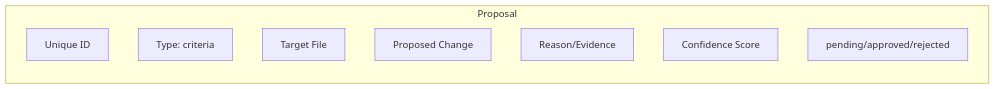
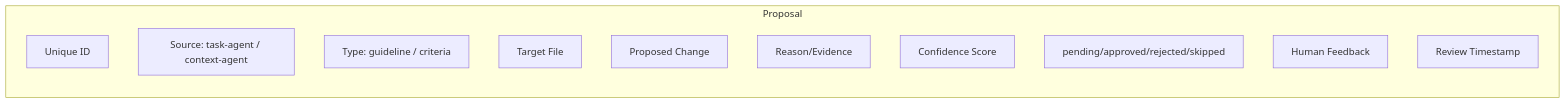
Before and after one commit to cymfg/ophan: diagram 14 of 19 in docs/outer-loop.md, drawn with Mermaid. The commit also changed other lines of this file and 34 other files, not shown here.

First line of the commit message:
feat: add core agent types and utilities for multi-agent architecture

````diff
--- a/docs/outer-loop.md
+++ b/docs/outer-loop.md
@@ -287,12 +336,15 @@
 ```mermaid
 flowchart LR
     subgraph "Proposal"
         ID[Unique ID]
-        Type[Type: criteria]
+        Source[Source: task-agent / context-agent]
+        Type[Type: guideline / criteria]
         Target[Target File]
         Change[Proposed Change]
         Reason[Reason/Evidence]
         Confidence[Confidence Score]
-        Status[pending/approved/rejected]
+        Status[pending/approved/rejected/skipped]
+        Feedback[Human Feedback]
+        ReviewedAt[Review Timestamp]
     end
 ```
````
